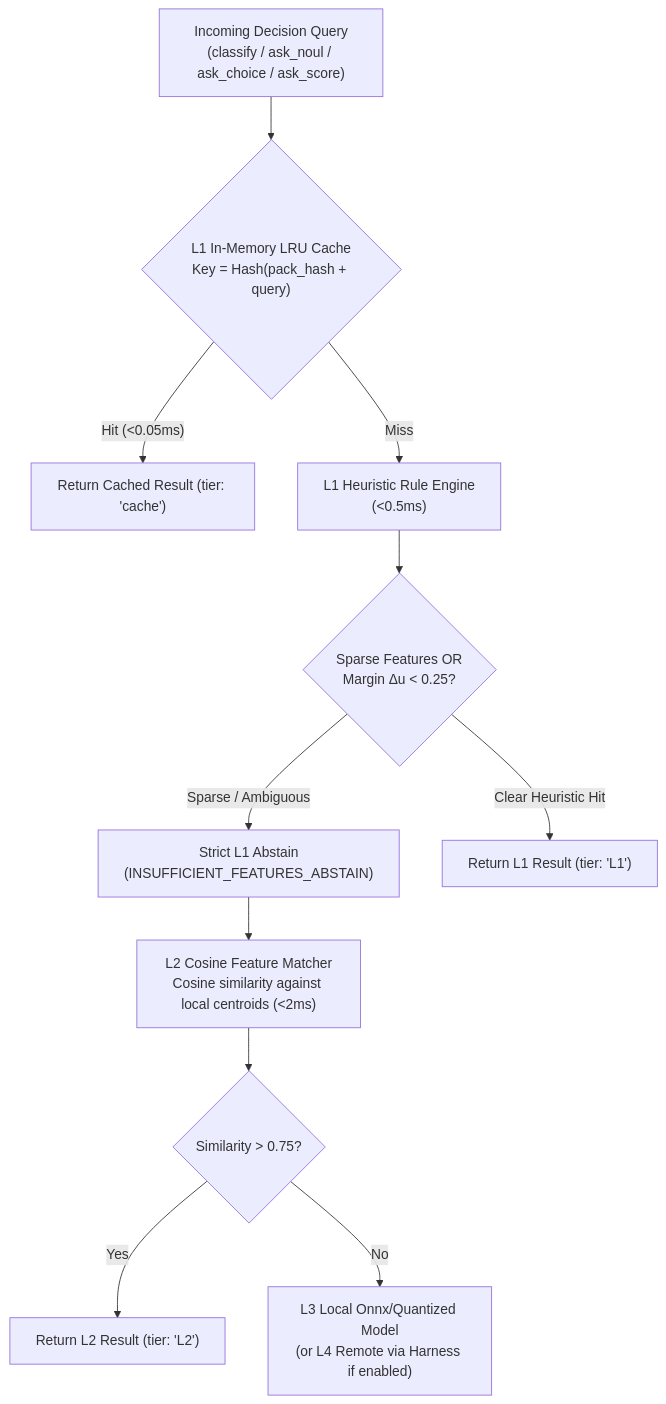
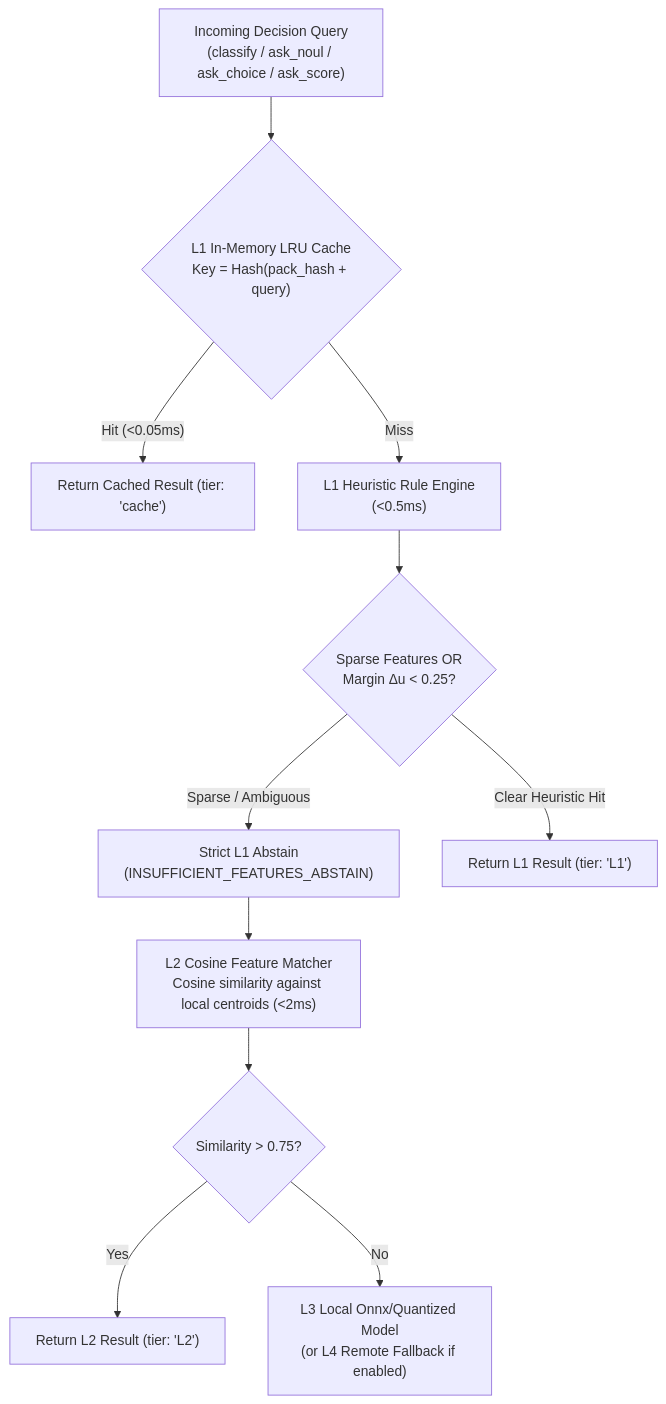
The diagram in profile/ARCHITECTURE.md (putervision/.github), drawn with Mermaid before and after one commit. The commit also changed 2 other files, not shown here.

Commit message:
docs: remove all mentions of private harness from profile and copilot instructions

````diff
--- a/profile/ARCHITECTURE.md
+++ b/profile/ARCHITECTURE.md
@@ -117,15 +117,15 @@
 ```mermaid
 flowchart TD
     Query["Incoming Decision Query<br/>(classify / ask_noul / ask_choice / ask_score)"] --> L1Cache{"L1 In-Memory LRU Cache<br/>Key = Hash(pack_hash + query)"}
     L1Cache -- Hit (<0.05ms) --> ReturnCache["Return Cached Result (tier: 'cache')"]
     L1Cache -- Miss --> L1Heuristic["L1 Heuristic Rule Engine<br/>(<0.5ms)"]
 
     L1Heuristic --> L1Check{"Sparse Features OR<br/>Margin Δu < 0.25?"}
     L1Check -- Sparse / Ambiguous --> Abstain["Strict L1 Abstain<br/>(INSUFFICIENT_FEATURES_ABSTAIN)"]
     L1Check -- Clear Heuristic Hit --> ReturnL1["Return L1 Result (tier: 'L1')"]
 
     Abstain --> L2["L2 Cosine Feature Matcher<br/>Cosine similarity against local centroids (<2ms)"]
     L2 --> L2Check{"Similarity > 0.75?"}
     L2Check -- Yes --> ReturnL2["Return L2 Result (tier: 'L2')"]
-    L2Check -- No --> L3["L3 Local Onnx/Quantized Model<br/>(or L4 Remote via Harness if enabled)"]
+    L2Check -- No --> L3["L3 Local Onnx/Quantized Model<br/>(or L4 Remote Fallback if enabled)"]
 ```
````
